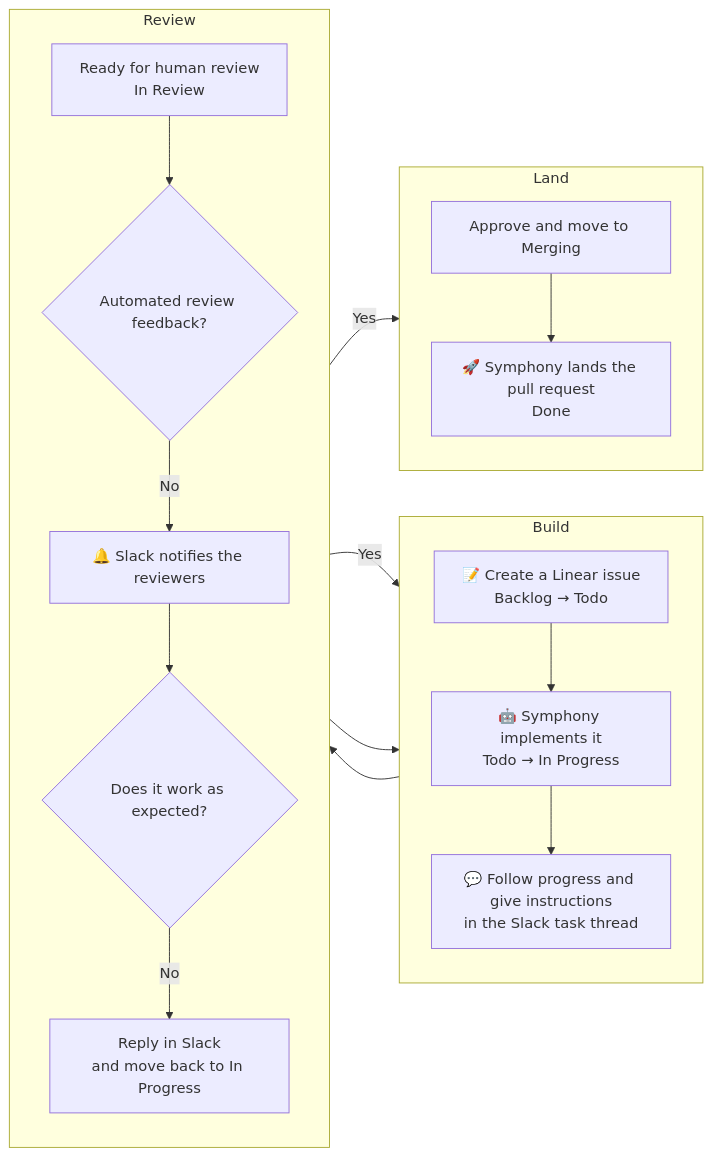
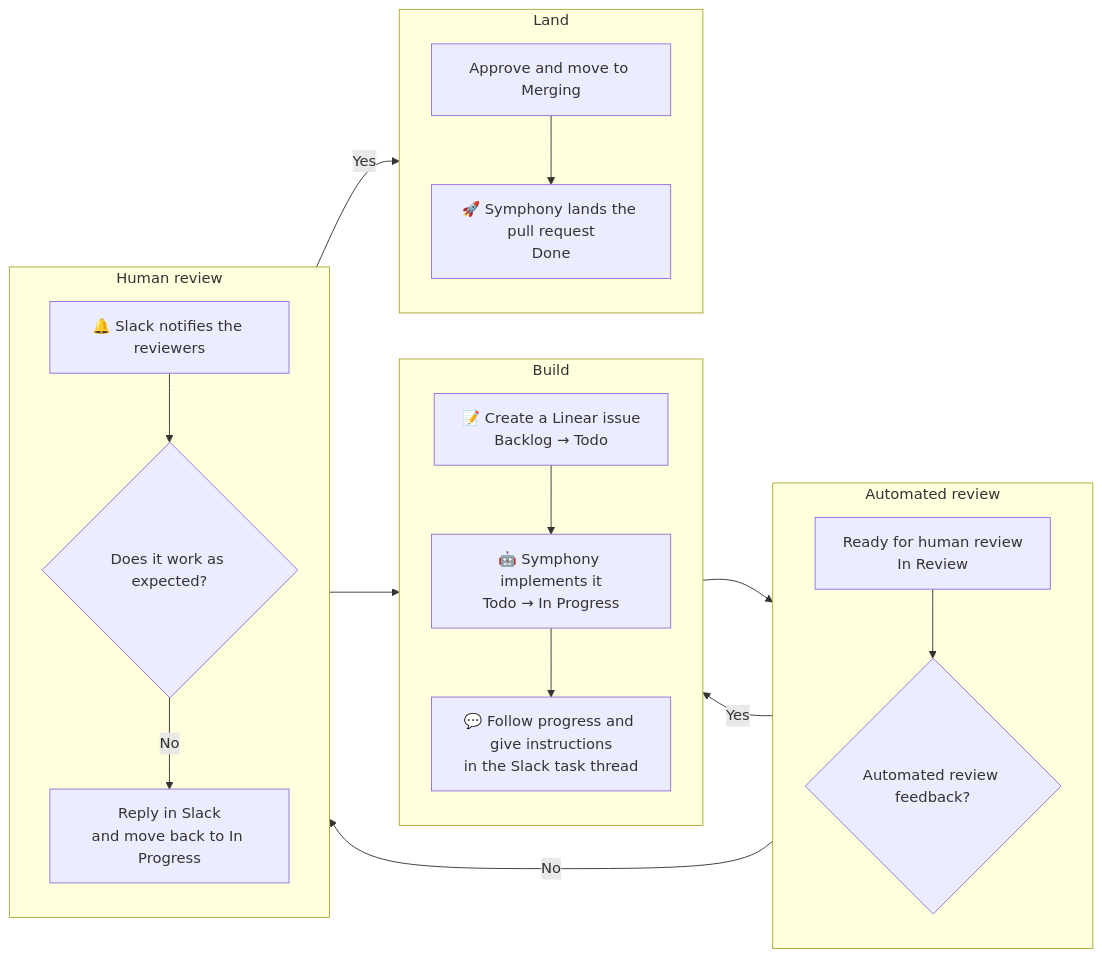
Before and after one commit to hiroppy/orchestrators: the diagram in README.md, drawn with Mermaid.

Commit message:
docs: rebalance workflow diagram layout

````diff
--- a/README.md
+++ b/README.md
@@ -32,34 +32,39 @@
 ```mermaid
 flowchart LR
   subgraph build["Build"]
     direction TB
     create["📝 Create a Linear issue<br/>Backlog → Todo"]
     implement["🤖 Symphony implements it<br/>Todo → In Progress"]
     slack["💬 Follow progress and give instructions<br/>in the Slack task thread"]
     create --> implement --> slack
   end
 
-  subgraph reviewCycle["Review"]
+  subgraph reviewCycle["Automated review"]
     direction TB
     review["Ready for human review<br/>In Review"]
     automated{"Automated review feedback?"}
+    review --> automated
+  end
+
+  subgraph verifyCycle["Human review"]
+    direction TB
     notify["🔔 Slack notifies the reviewers"]
     verify{"Does it work as expected?"}
     feedback["Reply in Slack<br/>and move back to In Progress"]
-    review --> automated
-    automated -- No --> notify --> verify
+    notify --> verify
     verify -- No --> feedback
   end
 
   subgraph land["Land"]
     direction TB
     merging["Approve and move to Merging"]
     done["🚀 Symphony lands the pull request<br/>Done"]
     merging --> done
   end
 
   slack --> review
   automated -- Yes --> implement
+  automated -- No --> notify
   feedback --> implement
   verify -- Yes --> merging
 ```
````
